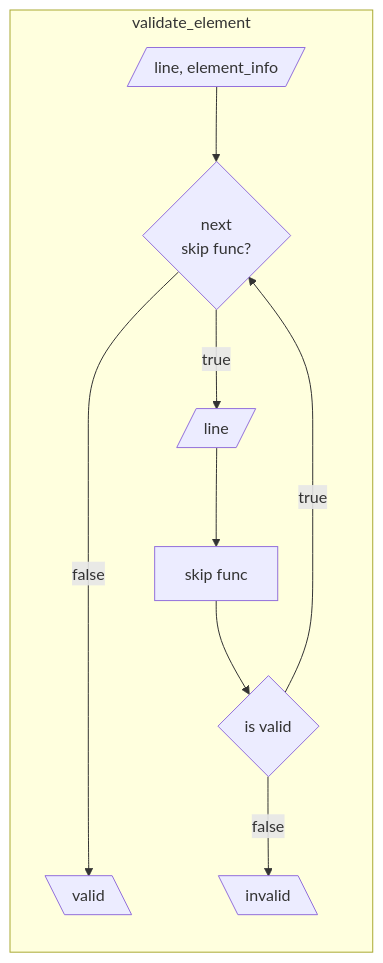
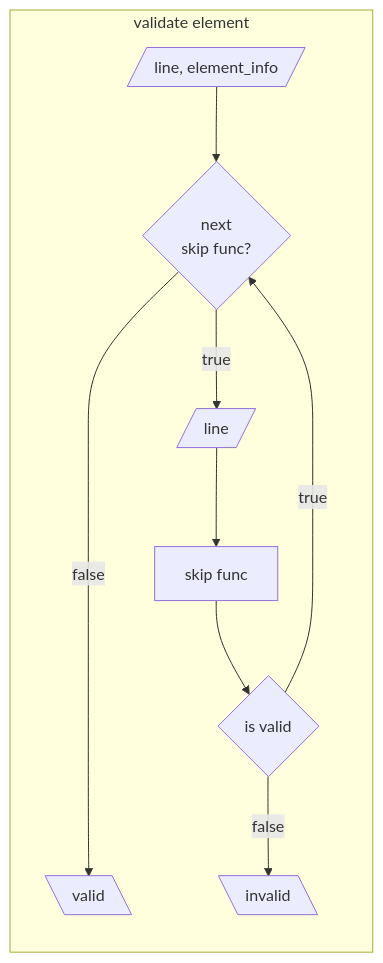
The third of 3 diagrams in docs/validate.md (dattekoda/miniRT), drawn with Mermaid before and after one commit. The commit also changed other lines of this file and 6 other files, not shown here.

````diff
--- a/docs/validate.md
+++ b/docs/validate.md
@@ -34,16 +29,16 @@
 ```mermaid
 flowchart
-	subgraph validate_element
+	subgraph validate element
 	direction TB
 	input1[/line, element_info/]-->if1
 	if1{next
 	skip func?}----->|false|output1
 	if1-->|true|input2[/line/]
 	input2-->ve1[skip func]
 	ve1-->if2
 	if2{is valid}-->|true|if1
 	if2-->|false|output2
 	output1[\valid\]
 	output2[\invalid\]
 	end
 ```
````
